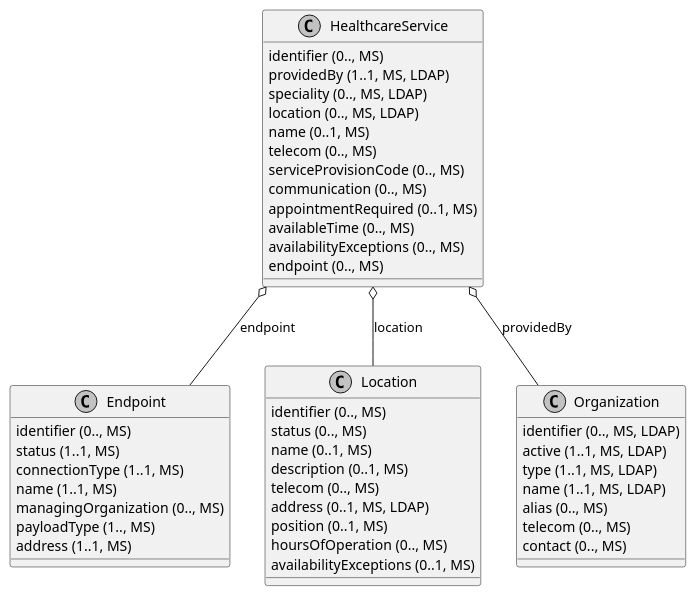
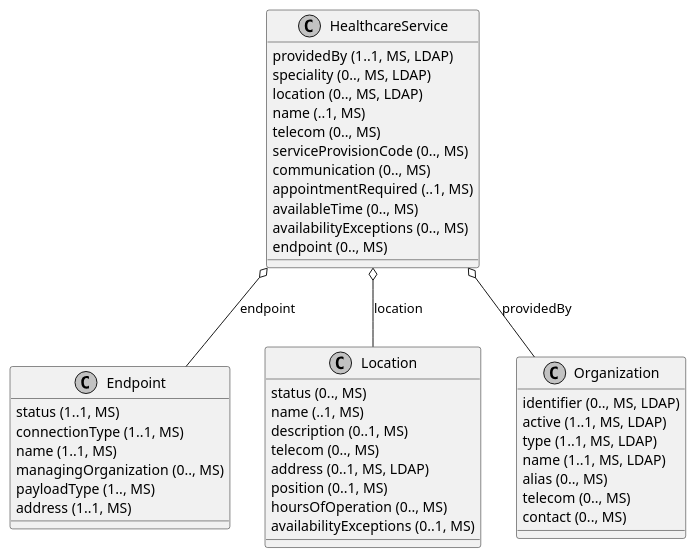
One commit to gematik/api-vzd changed the diagram in src/plantuml/ClassDiagram.HealthcareService.puml. Above: the diagram before and after it, drawn with PlantUML. The commit also changed 7 other files, not shown here.

```diff
--- a/src/plantuml/ClassDiagram.HealthcareService.puml
+++ b/src/plantuml/ClassDiagram.HealthcareService.puml
@@ -1,51 +1,48 @@
 @startuml ClassDiagram.HealthcareService
 skinparam monochrome true
 class HealthcareService {
-  {field} identifier (0.., MS)
   {field} providedBy (1..1, MS, LDAP)
   {field} speciality (0.., MS, LDAP)
   {field} location (0.., MS, LDAP)
-  {field} name (0..1, MS)
+  {field} name (..1, MS)
   {field} telecom (0.., MS)
   {field} serviceProvisionCode (0.., MS)
   {field} communication (0.., MS)
-  {field} appointmentRequired (0..1, MS)
+  {field} appointmentRequired (..1, MS)
   {field} availableTime (0.., MS)
   {field} availabilityExceptions (0.., MS)
   {field} endpoint (0.., MS)
 }
 class Endpoint {
-  {field} identifier (0.., MS)
   {field} status (1..1, MS)
   {field} connectionType (1..1, MS)
   {field} name (1..1, MS)
   {field} managingOrganization (0.., MS)
   {field} payloadType (1.., MS)
   {field} address (1..1, MS)
 }
 class Location {
-  {field} identifier (0.., MS)
   {field} status (0.., MS)
-  {field} name (0..1, MS)
+  {field} name (..1, MS)
   {field} description (0..1, MS)
   {field} telecom (0.., MS)
   {field} address (0..1, MS, LDAP)
   {field} position (0..1, MS)
   {field} hoursOfOperation (0.., MS)
   {field} availabilityExceptions (0..1, MS)
 }
 class Organization {
   {field} identifier (0.., MS, LDAP)
   {field} active (1..1, MS, LDAP)
   {field} type (1..1, MS, LDAP)
   {field} name (1..1, MS, LDAP)
   {field} alias (0.., MS)
   {field} telecom (0.., MS)
   {field} contact (0.., MS)
 }
 
 HealthcareService o-- Organization: providedBy
 HealthcareService o-- Endpoint: endpoint
 HealthcareService o-- Location: location
 
 @enduml
```
